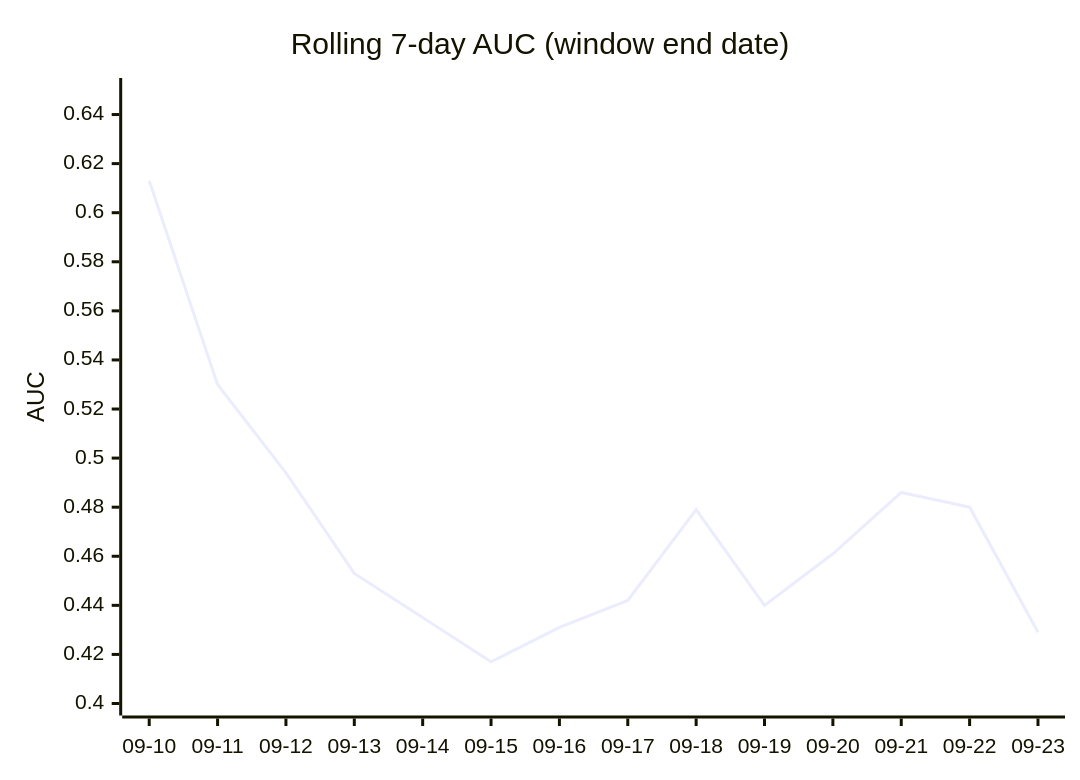
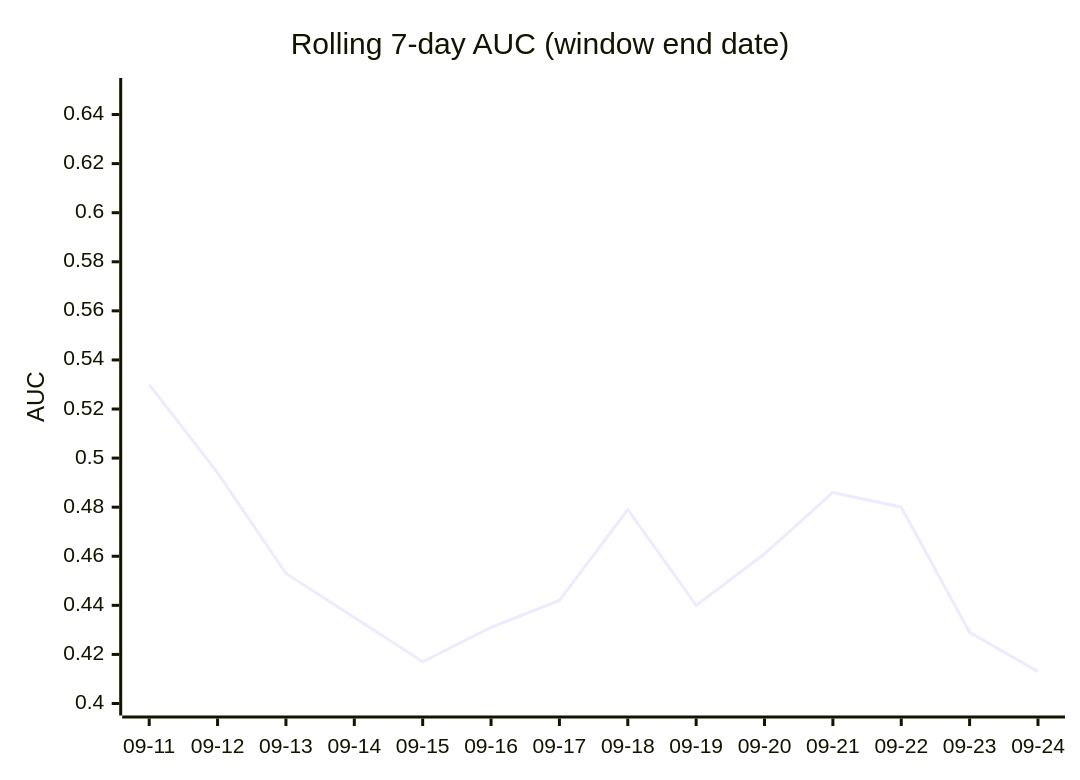
One commit to dpk1212/nhl-savant changed the third of 4 diagrams in DAILY_AGSU_REPORT.md. Above: the diagram before and after it, drawn with Mermaid. The commit also changed other lines of this file, not shown here.

````diff
--- a/DAILY_AGSU_REPORT.md
+++ b/DAILY_AGSU_REPORT.md
@@ -865,7 +861,7 @@
 ```mermaid
 xychart-beta
     title "Rolling 7-day AUC (window end date)"
-    x-axis ["09-10", "09-11", "09-12", "09-13", "09-14", "09-15", "09-16", "09-17", "09-18", "09-19", "09-20", "09-21", "09-22", "09-23"]
+    x-axis ["09-11", "09-12", "09-13", "09-14", "09-15", "09-16", "09-17", "09-18", "09-19", "09-20", "09-21", "09-22", "09-23", "09-24"]
     y-axis "AUC" 0.4 --> 0.65
-    line [0.613, 0.53, 0.494, 0.453, 0.435, 0.417, 0.431, 0.442, 0.479, 0.44, 0.461, 0.486, 0.48, 0.429]
+    line [0.53, 0.494, 0.453, 0.435, 0.417, 0.431, 0.442, 0.479, 0.44, 0.461, 0.486, 0.48, 0.429, 0.413]
 ```
````
